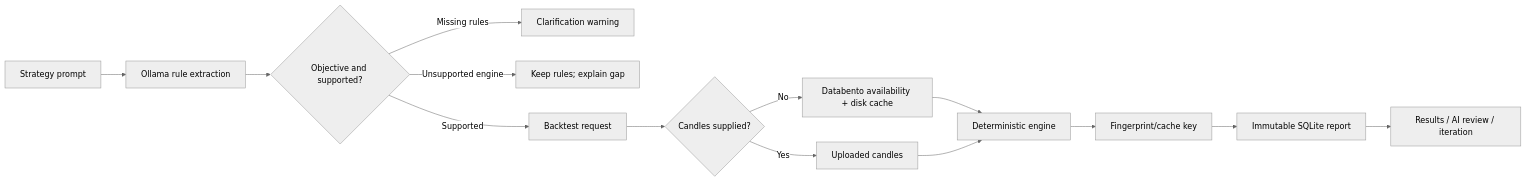
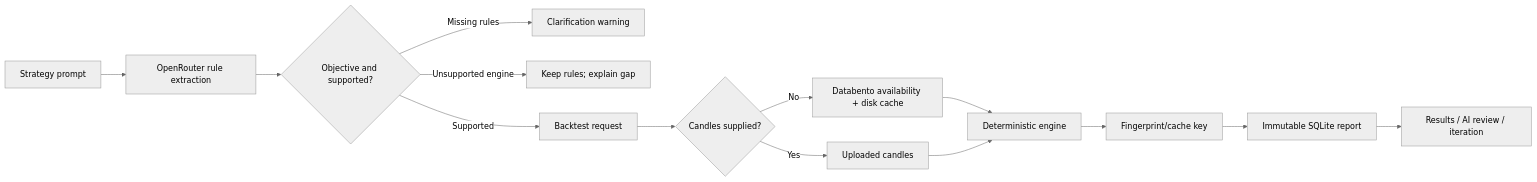
One commit to Ppetip/trading-forge changed the first of 2 diagrams in SYSTEM_INVENTORY.md. Above: the diagram before and after it, drawn with Mermaid (neutral theme). The commit also changed other lines of this file and 65 other files, not shown here.

````diff
--- a/SYSTEM_INVENTORY.md
+++ b/SYSTEM_INVENTORY.md
@@ -87,16 +87,16 @@
 ```mermaid
 flowchart LR
- A["Strategy prompt"] --> B["Ollama rule extraction"]
+ A["Strategy prompt"] --> B["OpenRouter rule extraction"]
  B --> C{"Objective and supported?"}
  C -- "Missing rules" --> D["Clarification warning"]
  C -- "Unsupported engine" --> E["Keep rules; explain gap"]
  C -- "Supported" --> F["Backtest request"]
  F --> G{"Candles supplied?"}
  G -- "No" --> H["Databento availability + disk cache"]
  G -- "Yes" --> I["Uploaded candles"]
  H --> J["Deterministic engine"]
  I --> J
  J --> K["Fingerprint/cache key"]
  K --> L["Immutable SQLite report"]
  L --> M["Results / AI review / iteration"]
 ```
````
